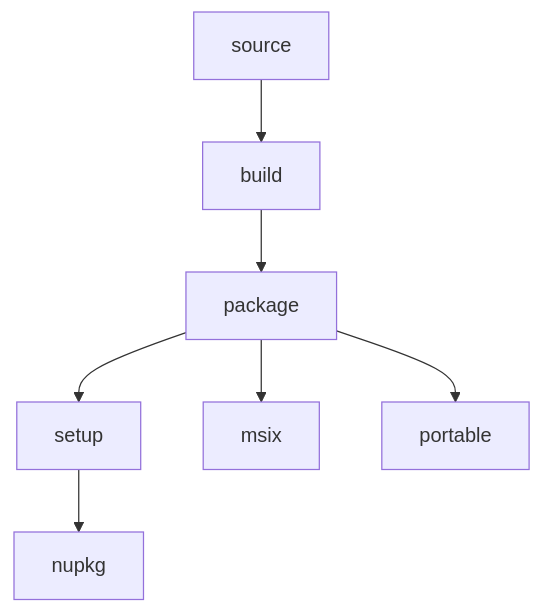
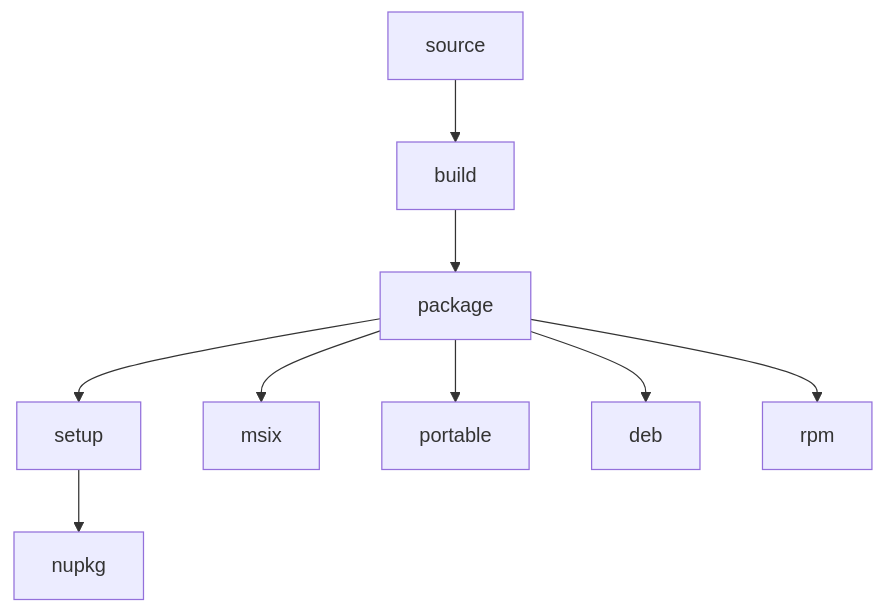
One commit to snazzyatoms/sentinel-bsys6 changed the diagram in README.md. Above: the diagram before and after it, drawn with Mermaid.

Commit message:
include deb and rpm targets in readme

````diff
--- a/README.md
+++ b/README.md
@@ -22,5 +22,5 @@
 ```mermaid
 flowchart TB
-    source --> build --> package --> setup & msix & portable
+    source --> build --> package --> setup & msix & portable & deb & rpm
     setup --> nupkg
 ```
````
